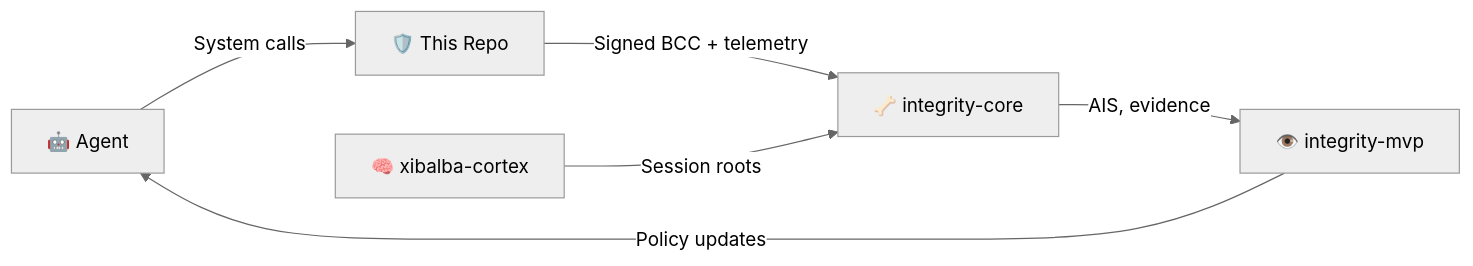
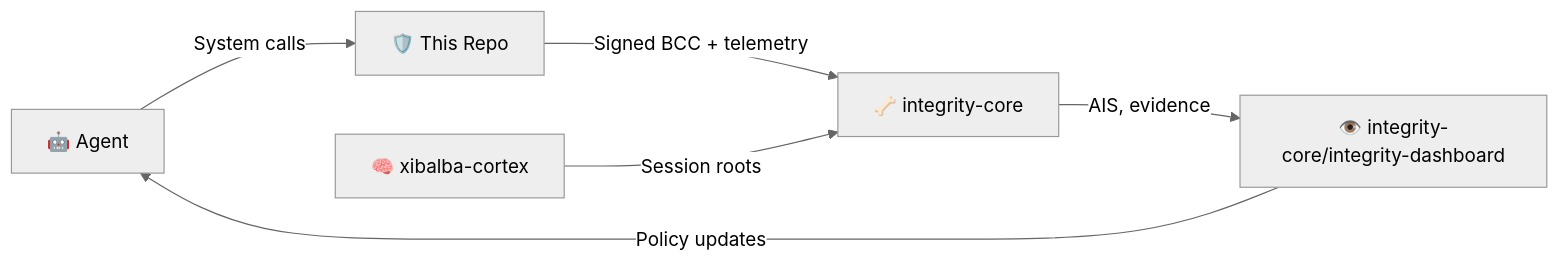
One commit to XibalbaTechSol/xibalba-shield changed the diagram in SPECIFICATION.md. Above: the diagram before and after it, drawn with Mermaid (neutral theme). The commit also changed other lines of this file and 5 other files, not shown here.

First line of the commit message:
Correct ecosystem model: 3 repos, not 4 (integrity-dashboard lives in integrity-core)

````diff
--- a/SPECIFICATION.md
+++ b/SPECIFICATION.md
@@ -70,8 +72,8 @@
 ```mermaid
 flowchart LR
     Agent["🤖 Agent"] -->|"System calls"| Immune["🛡️ This Repo"]
     Immune -->|"Signed BCC + telemetry"| Backbone["🦴 integrity-core"]
     Brain["🧠 xibalba-cortex"] -->|"Session roots"| Backbone
-    Backbone -->|"AIS, evidence"| Eyes["👁️ integrity-mvp"]
+    Backbone -->|"AIS, evidence"| Eyes["👁️ integrity-core/integrity-dashboard"]
     Eyes -->|"Policy updates"| Agent
 ```
````
